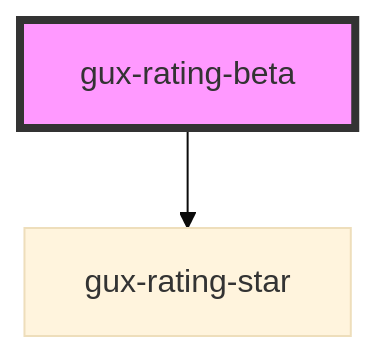
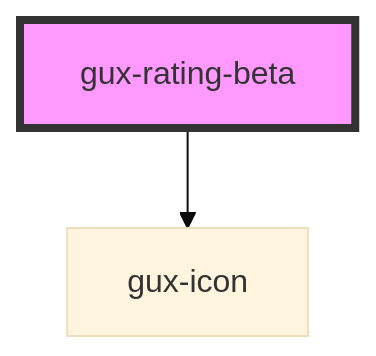
One commit to MyPureCloud/genesys-spark changed the diagram in src/components/beta/gux-rating/readme.md. Above: the diagram before and after it, drawn with Mermaid (base theme). The commit also changed other lines of this file and 11 other files, not shown here.

First line of the commit message:
refactor(gux-rating): changed rating stars to gux-icons

````diff
--- a/src/components/beta/gux-rating/readme.md
+++ b/src/components/beta/gux-rating/readme.md
@@ -30,5 +30,5 @@
 ```mermaid
 graph TD;
-  gux-rating-beta --> gux-rating-star
+  gux-rating-beta --> gux-icon
   style gux-rating-beta fill:#f9f,stroke:#333,stroke-width:4px
 ```
````
